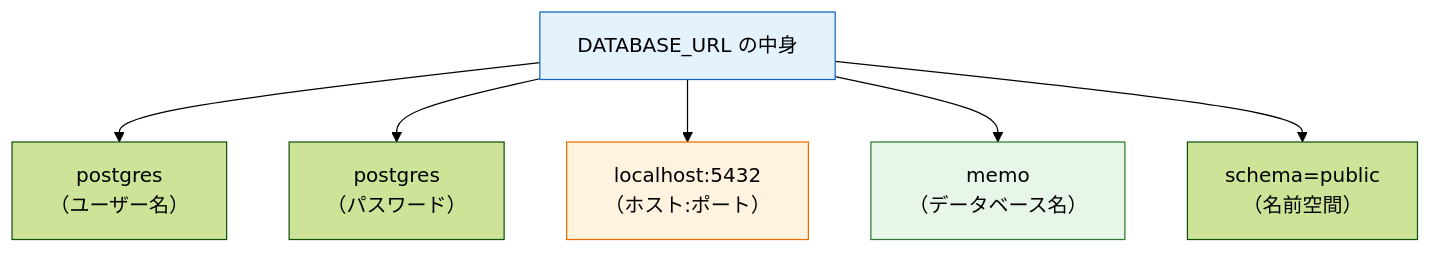
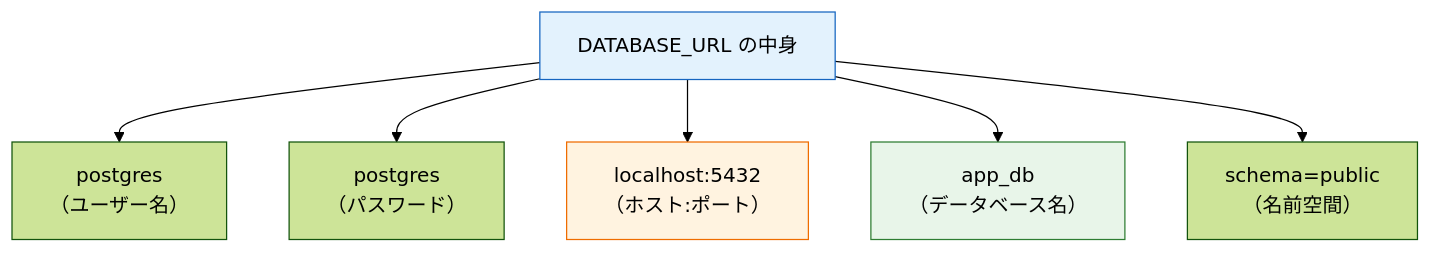
Before and after one commit to dik-ab/school-curriculum-platform: the fourth of 4 diagrams in cloudflare-site/src/content/docs/database/prisma_setup.md, drawn with Mermaid (forest theme). The commit also changed other lines of this file, not shown here.

First line of the commit message:
docs: fix database name memo -> app_db in prisma_setup

````diff
--- a/cloudflare-site/src/content/docs/database/prisma_setup.md
+++ b/cloudflare-site/src/content/docs/database/prisma_setup.md
@@ -256,12 +256,12 @@
 ```mermaid
 flowchart TB
     URL["DATABASE_URL の中身"]
     URL --> U["postgres<br>（ユーザー名）"]
     URL --> P["postgres<br>（パスワード）"]
     URL --> H["localhost:5432<br>（ホスト:ポート）"]
-    URL --> D["memo<br>（データベース名）"]
+    URL --> D["app_db<br>（データベース名）"]
     URL --> S["schema=public<br>（名前空間）"]
     style URL fill:#e3f2fd,stroke:#1565c0
     style D fill:#e8f5e9,stroke:#2e7d32
     style H fill:#fff3e0,stroke:#ef6c00
 ```
````
